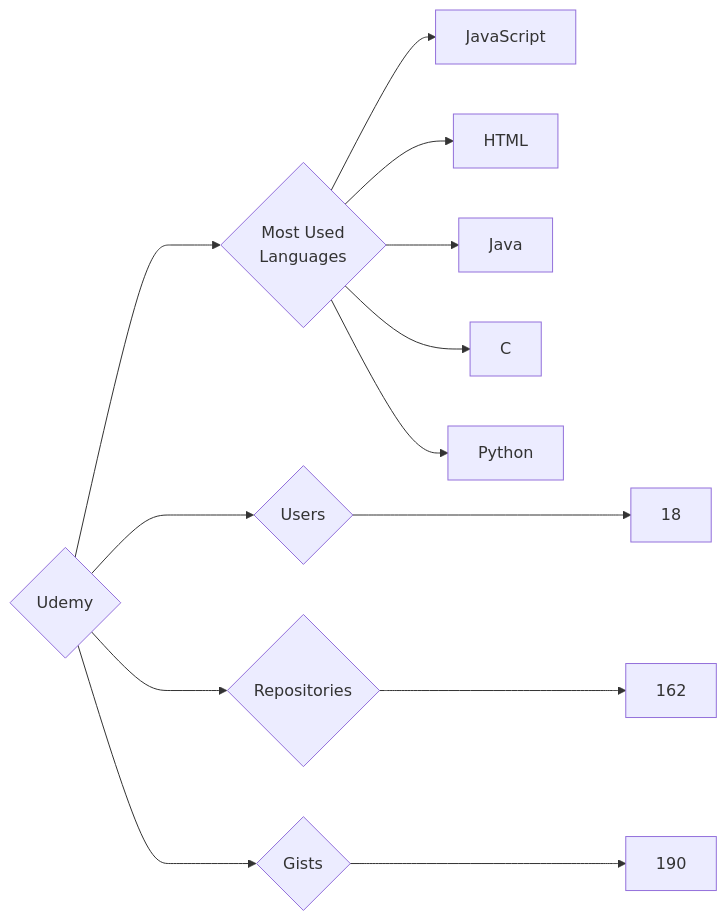
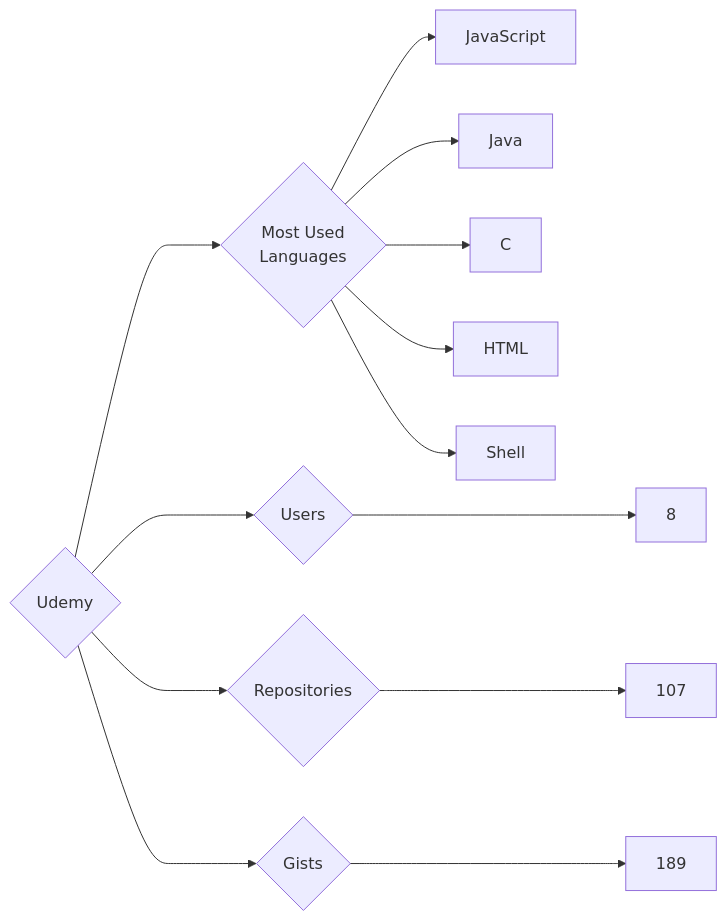
One commit to trickest/insiders changed the diagram in targets/Udemy/README.md. Above: the diagram before and after it, drawn with Mermaid. The commit also changed 903 other files, not shown here.

````diff
--- a/targets/Udemy/README.md
+++ b/targets/Udemy/README.md
@@ -3,13 +3,13 @@
 ```mermaid
 graph LR
 COMPANY_NAME{Udemy}
-COMPANY_NAME ---> U{Users} ---> UN[18]
-COMPANY_NAME ---> R{Repositories} ---> RN[162]
-COMPANY_NAME ---> G{Gists} ---> GN[190]
+COMPANY_NAME ---> U{Users} ---> UN[8]
+COMPANY_NAME ---> R{Repositories} ---> RN[107]
+COMPANY_NAME ---> G{Gists} ---> GN[189]
 COMPANY_NAME ---> ML{Most Used<br>Languages}
 ML --> JavaScript[JavaScript]
-ML --> HTML[HTML]
 ML --> Java[Java]
 ML --> C[C]
-ML --> Python[Python]
+ML --> HTML[HTML]
+ML --> Shell[Shell]
 ```
````
